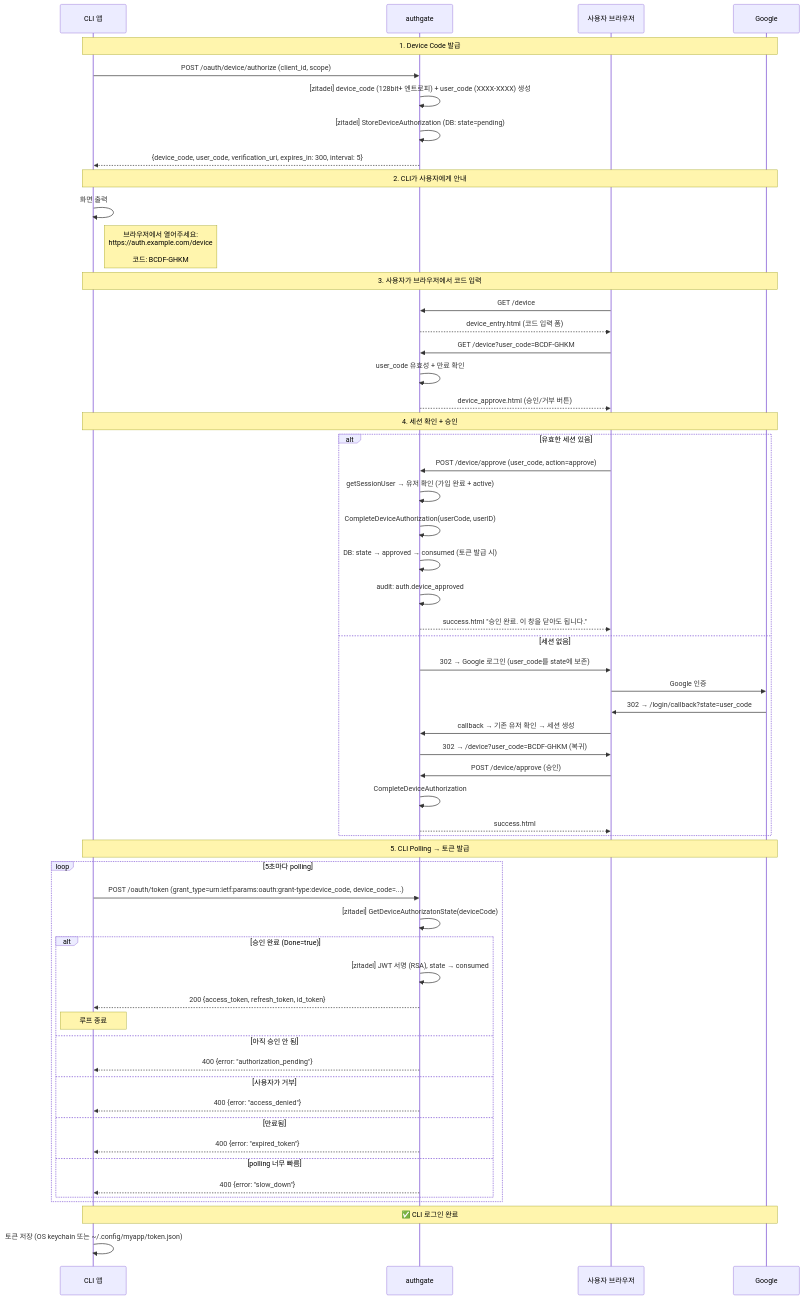
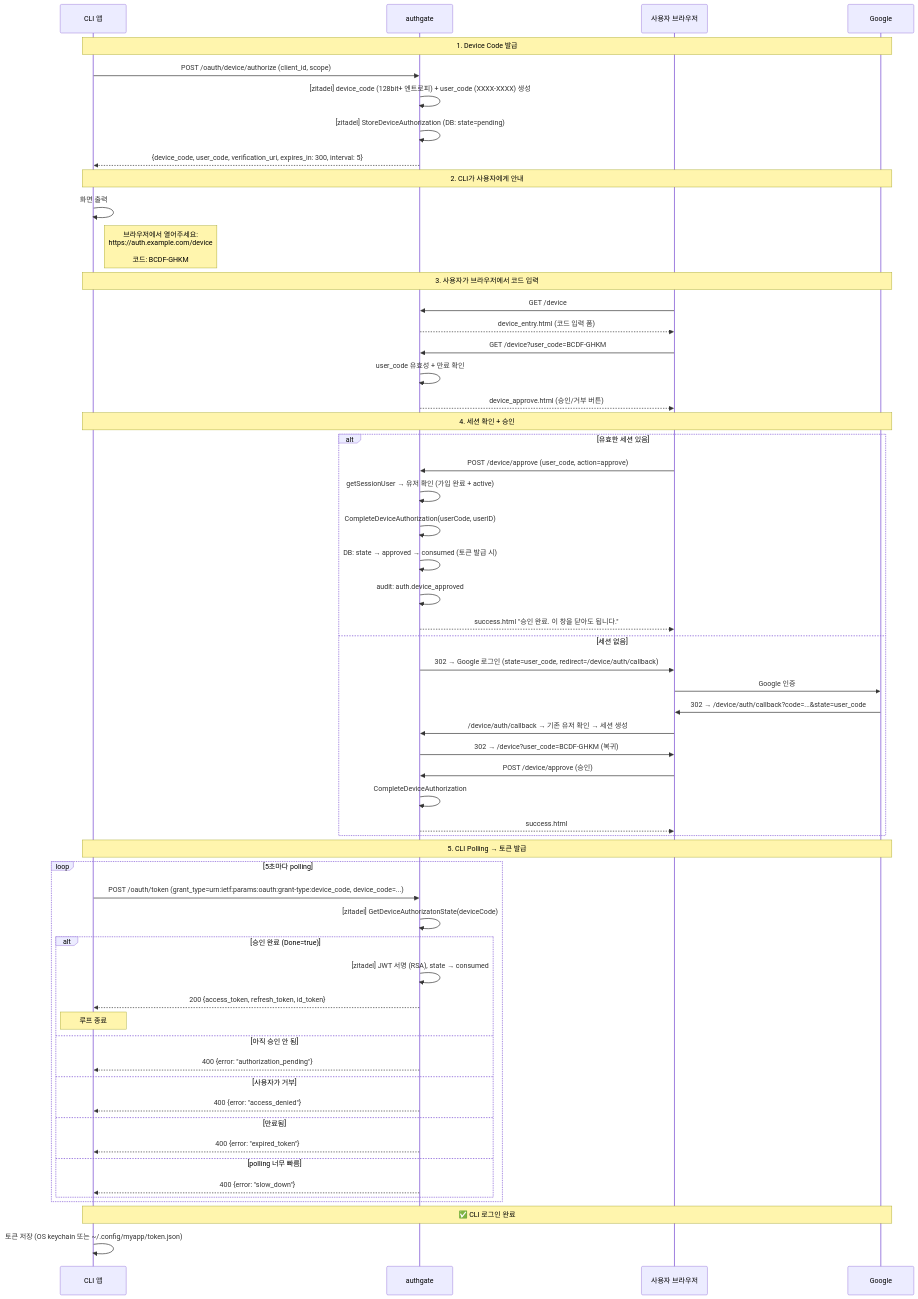
One commit to cagojeiger/authgate changed the first of 2 diagrams in docs/spec/003-device-login.md. Above: the diagram before and after it, drawn with Mermaid. The commit also changed other lines of this file and 1 other file, not shown here.

First line of the commit message:
docs: resolve callback state conflict + redirect_uri disambiguation

````diff
--- a/docs/spec/003-device-login.md
+++ b/docs/spec/003-device-login.md
@@ -34,65 +38,65 @@
 ```mermaid
 sequenceDiagram
     participant CLI as CLI 앱
     participant AG as authgate
     participant U as 사용자 브라우저
     participant G as Google
 
     Note over CLI,G: 1. Device Code 발급
     CLI->>AG: POST /oauth/device/authorize (client_id, scope)
     AG->>AG: [zitadel] device_code (128bit+ 엔트로피) + user_code (XXXX-XXXX) 생성
     AG->>AG: [zitadel] StoreDeviceAuthorization (DB: state=pending)
     AG-->>CLI: {device_code, user_code, verification_uri, expires_in: 300, interval: 5}
 
     Note over CLI,G: 2. CLI가 사용자에게 안내
     CLI->>CLI: 화면 출력
     Note right of CLI: 브라우저에서 열어주세요:<br/>https://auth.example.com/device<br/><br/>코드: BCDF-GHKM
 
     Note over CLI,G: 3. 사용자가 브라우저에서 코드 입력
     U->>AG: GET /device
     AG-->>U: device_entry.html (코드 입력 폼)
     U->>AG: GET /device?user_code=BCDF-GHKM
     AG->>AG: user_code 유효성 + 만료 확인
     AG-->>U: device_approve.html (승인/거부 버튼)
 
     Note over CLI,G: 4. 세션 확인 + 승인
     alt 유효한 세션 있음
         U->>AG: POST /device/approve (user_code, action=approve)
         AG->>AG: getSessionUser → 유저 확인 (가입 완료 + active)
         AG->>AG: CompleteDeviceAuthorization(userCode, userID)
         AG->>AG: DB: state → approved → consumed (토큰 발급 시)
         AG->>AG: audit: auth.device_approved
         AG-->>U: success.html "승인 완료. 이 창을 닫아도 됩니다."
     else 세션 없음
-        AG->>U: 302 → Google 로그인 (user_code를 state에 보존)
+        AG->>U: 302 → Google 로그인 (state=user_code, redirect=/device/auth/callback)
         U->>G: Google 인증
-        G->>U: 302 → /login/callback?state=user_code
-        U->>AG: callback → 기존 유저 확인 → 세션 생성
+        G->>U: 302 → /device/auth/callback?code=...&state=user_code
+        U->>AG: /device/auth/callback → 기존 유저 확인 → 세션 생성
         AG->>U: 302 → /device?user_code=BCDF-GHKM (복귀)
         U->>AG: POST /device/approve (승인)
         AG->>AG: CompleteDeviceAuthorization
         AG-->>U: success.html
     end
 
     Note over CLI,G: 5. CLI Polling → 토큰 발급
     loop 5초마다 polling
         CLI->>AG: POST /oauth/token (grant_type=urn:ietf:params:oauth:grant-type:device_code, device_code=...)
         AG->>AG: [zitadel] GetDeviceAuthorizatonState(deviceCode)
         alt 승인 완료 (Done=true)
             AG->>AG: [zitadel] JWT 서명 (RSA), state → consumed
             AG-->>CLI: 200 {access_token, refresh_token, id_token}
             Note over CLI: 루프 종료
         else 아직 승인 안 됨
             AG-->>CLI: 400 {error: "authorization_pending"}
         else 사용자가 거부
             AG-->>CLI: 400 {error: "access_denied"}
         else 만료됨
             AG-->>CLI: 400 {error: "expired_token"}
         else polling 너무 빠름
             AG-->>CLI: 400 {error: "slow_down"}
         end
     end
 
     Note over CLI,G: ✅ CLI 로그인 완료
     CLI->>CLI: 토큰 저장 (OS keychain 또는 ~/.config/myapp/token.json)
 ```
````
